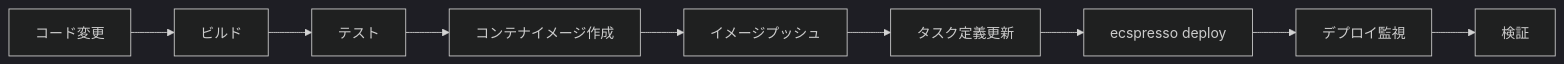
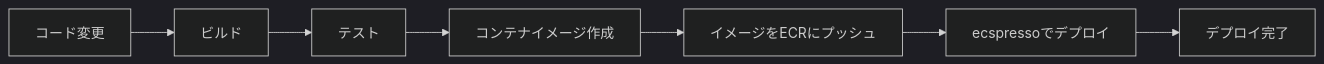
Before and after one commit to bufferings/devin-docs: the first of 2 diagrams in ecspresso/practical/cicd.md, drawn with Mermaid (dark theme). The commit also changed other lines of this file and 29 other files, not shown here.

````diff
--- a/ecspresso/practical/cicd.md
+++ b/ecspresso/practical/cicd.md
@@ -108,11 +17,9 @@
 ```mermaid
 graph LR
     A[コード変更] --> B[ビルド]
     B --> C[テスト]
     C --> D[コンテナイメージ作成]
-    D --> E[イメージプッシュ]
-    E --> F[タスク定義更新]
-    F --> G[ecspresso deploy]
-    G --> H[デプロイ監視]
-    H --> I[検証]
+    D --> E[イメージをECRにプッシュ]
+    E --> F[ecspressoでデプロイ]
+    F --> G[デプロイ完了]
 ```
````
